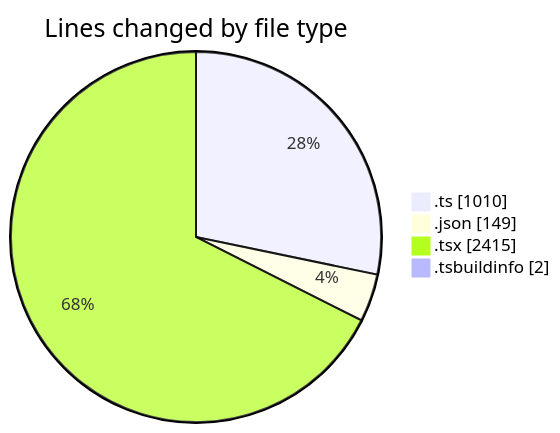
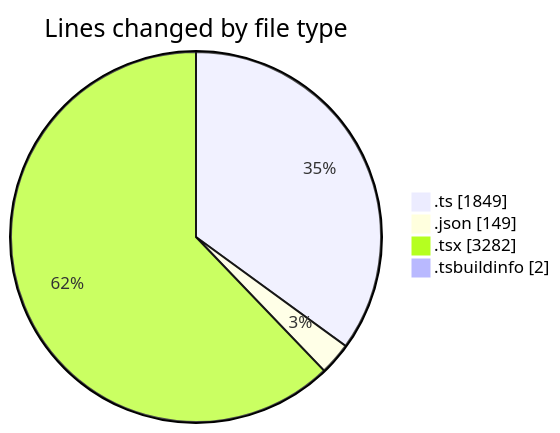
One commit to robertbonfada/code-tracking changed the first of 2 diagrams in 2025-02-20/mbc-web/README.md. Above: the diagram before and after it, drawn with Mermaid. The commit also changed other lines of this file and 1 other file, not shown here.

````diff
--- a/2025-02-20/mbc-web/README.md
+++ b/2025-02-20/mbc-web/README.md
@@ -45,8 +47,8 @@
 ```mermaid
 pie showData
 title Lines changed by file type
-".ts" : 1010
+".ts" : 1849
 ".json" : 149
-".tsx" : 2415
+".tsx" : 3282
 ".tsbuildinfo" : 2
 ```
````
